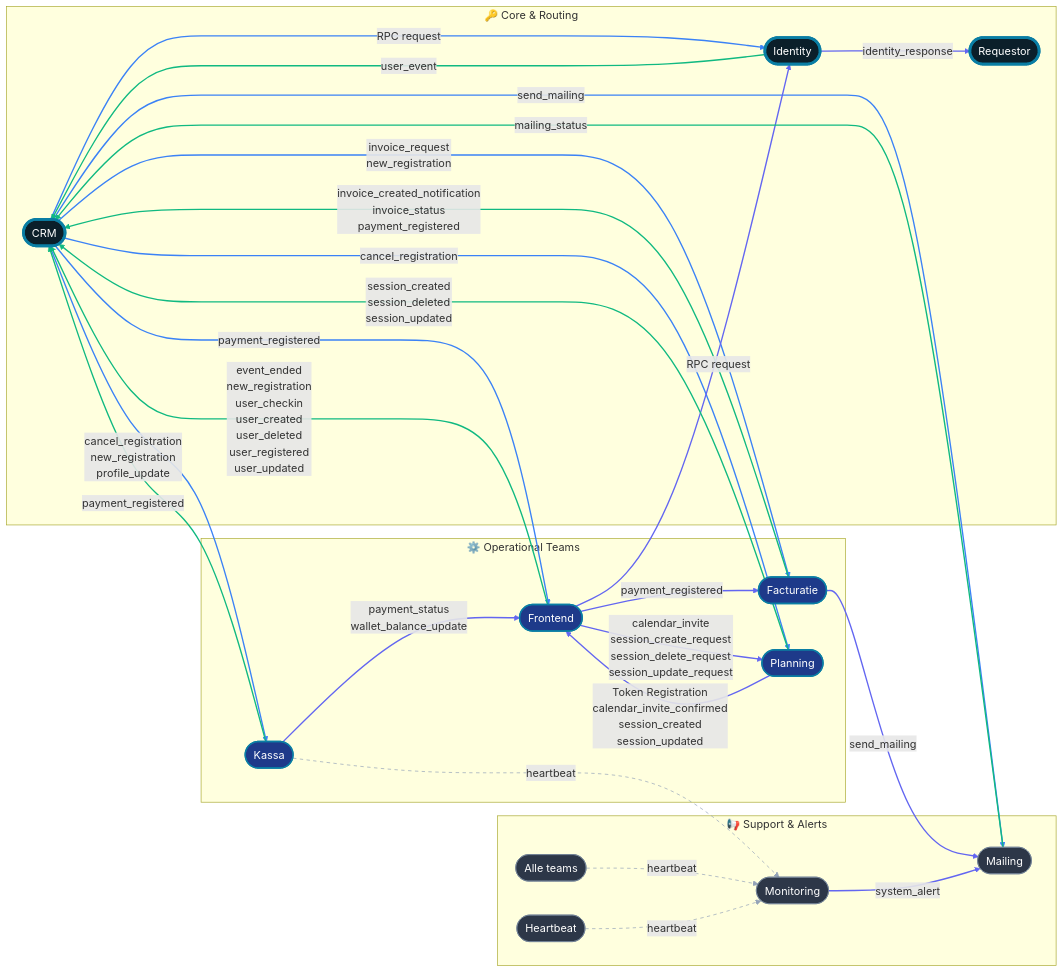
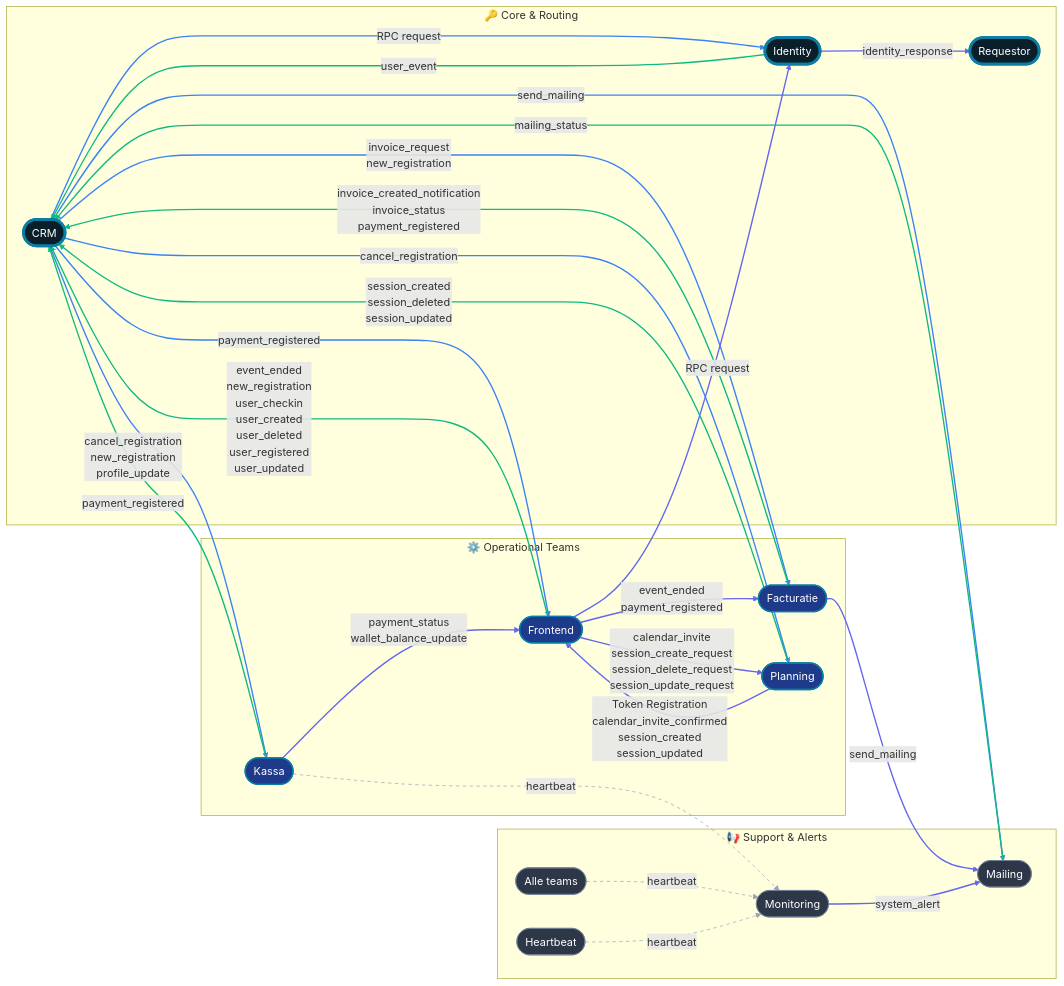
One commit to IntegrationProject-Groep1/xml-xsd-contract changed the first of 5 diagrams in README.md. Above: the diagram before and after it, drawn with Mermaid. The commit also changed 2 other files, not shown here.

Commit message:
docs: add event_ended flow from Frontend to Facturatie (Issue #34)

```diff
--- a/README.md
+++ b/README.md
@@ -234,7 +234,7 @@
     Facturatie -- "invoice_created_notification<br/>invoice_status<br/>payment_registered" --> CRM
     Facturatie -- "send_mailing" --> Mailing
     Frontend -- "event_ended<br/>new_registration<br/>user_checkin<br/>user_created<br/>user_deleted<br/>user_registered<br/>user_updated" --> CRM
-    Frontend -- "payment_registered" --> Facturatie
+    Frontend -- "event_ended<br/>payment_registered" --> Facturatie
     Frontend -- "RPC request" --> Identity
     Frontend -- "calendar_invite<br/>session_create_request<br/>session_delete_request<br/>session_update_request" --> Planning
     Heartbeat -. "heartbeat" .-> Monitoring
```
